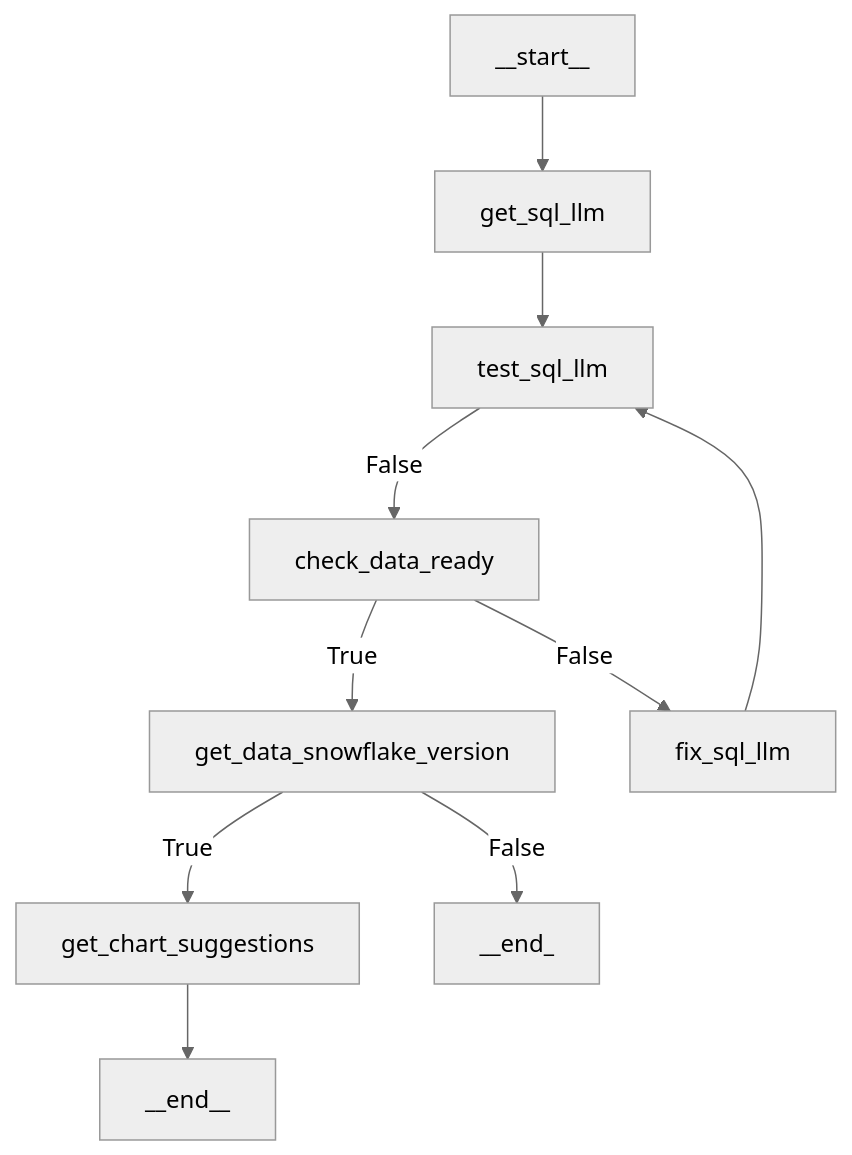
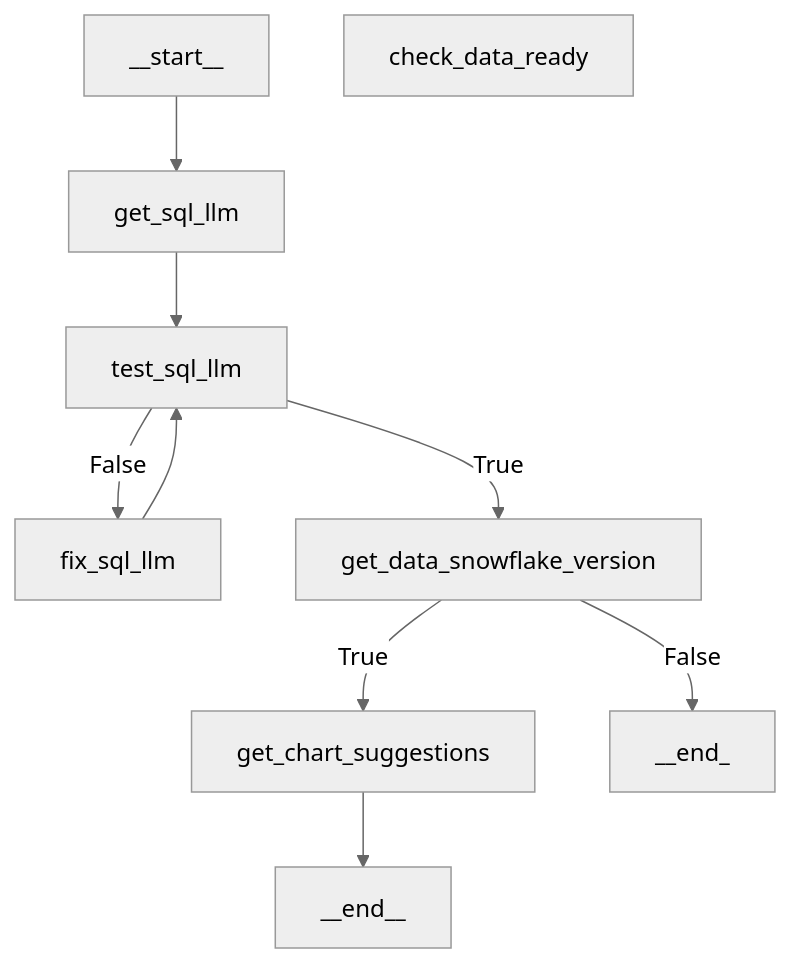
One commit to austinTracy7/Portfolio changed the diagram in generative_ai/langgraph_architectural_diagram.md. Above: the diagram before and after it, drawn with Mermaid (neutral theme).

````diff
--- a/generative_ai/langgraph_architectural_diagram.md
+++ b/generative_ai/langgraph_architectural_diagram.md
@@ -1,21 +1,20 @@
 ```mermaid
 flowchart TD
     __start__["__start__"]
     fix_sql_llm["fix_sql_llm"]
     get_sql_llm["get_sql_llm"]
     test_sql_llm["test_sql_llm"]
     check_data_ready["check_data_ready"]
     get_data_snowflake_version["get_data_snowflake_version"]
     get_chart_suggestions["get_chart_suggestions"]
     __end__["__end__"]
 
     __start__ --> get_sql_llm
     fix_sql_llm --> test_sql_llm
     get_chart_suggestions --> __end__
     get_sql_llm --> test_sql_llm
-    test_sql_llm -- False --> check_data_ready
-    check_data_ready -- True --> get_data_snowflake_version
-    check_data_ready -- False --> fix_sql_llm
+    test_sql_llm -- True --> get_data_snowflake_version
+    test_sql_llm -- False --> fix_sql_llm
     get_data_snowflake_version -- True --> get_chart_suggestions
     get_data_snowflake_version -- False --> __end_
 ```
````
